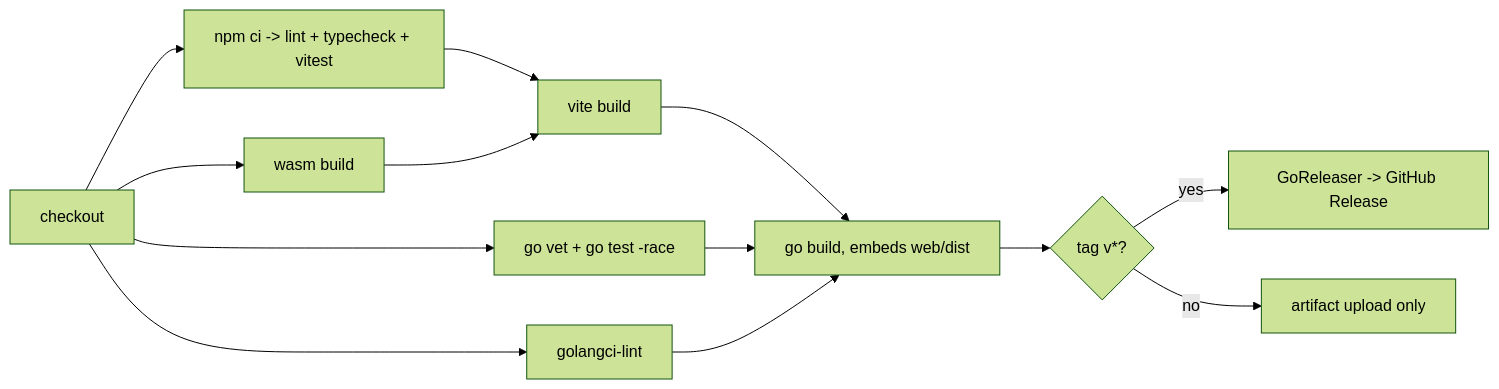
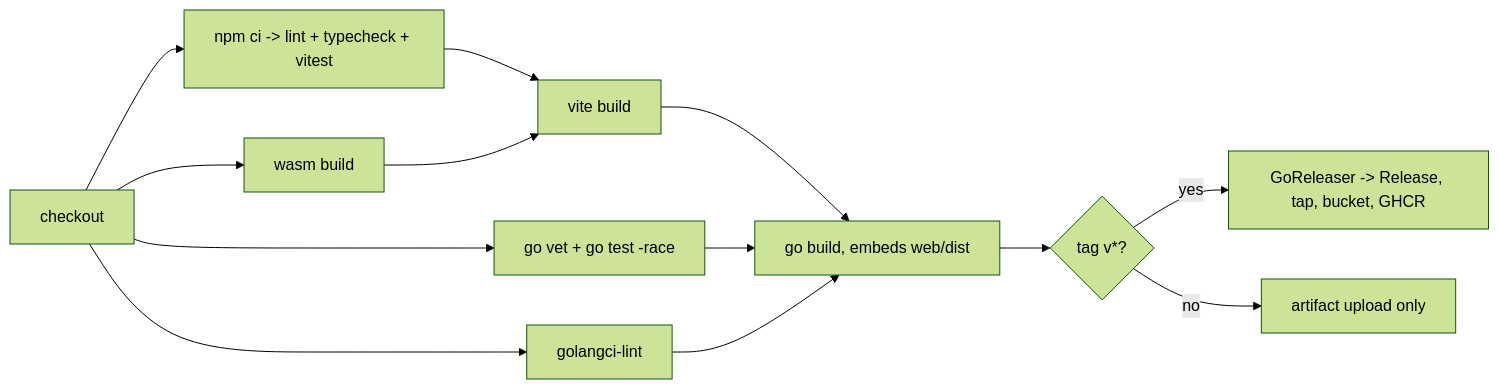
Before and after one commit to digiogithub/git-in-track: the diagram in docs/09-ci-cd-and-releases.md, drawn with Mermaid (forest theme). The commit also changed other lines of this file and 9 other files, not shown here.

````diff
--- a/docs/09-ci-cd-and-releases.md
+++ b/docs/09-ci-cd-and-releases.md
@@ -37,15 +36,15 @@
 ```mermaid
 graph LR
   A[checkout] --> B[go vet + go test -race]
   A --> C[golangci-lint]
   A --> D[npm ci -> lint + typecheck + vitest]
   D --> E[vite build]
   A --> F[wasm build]
   F --> E
   E --> G[go build, embeds web/dist]
   B --> G
   C --> G
   G --> H{tag v*?}
-  H -- yes --> I[GoReleaser -> GitHub Release]
+  H -- yes --> I[GoReleaser -> Release, tap, bucket, GHCR]
   H -- no --> J[artifact upload only]
 ```
````
